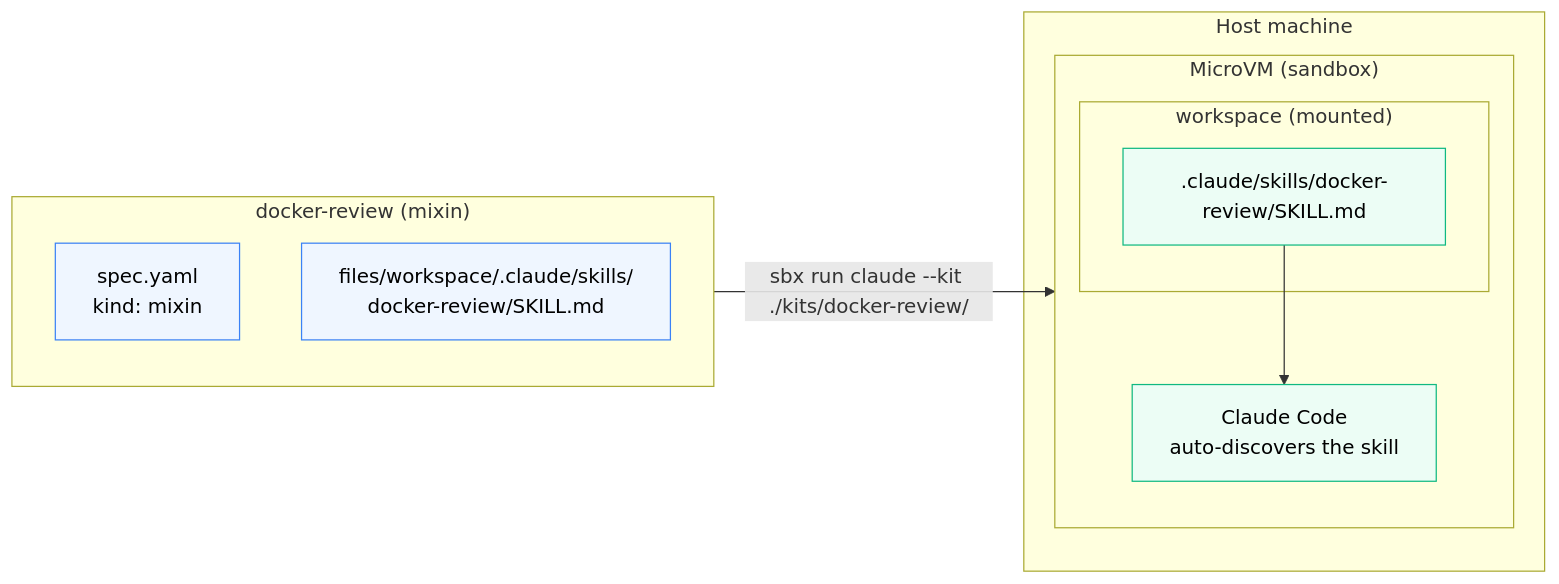
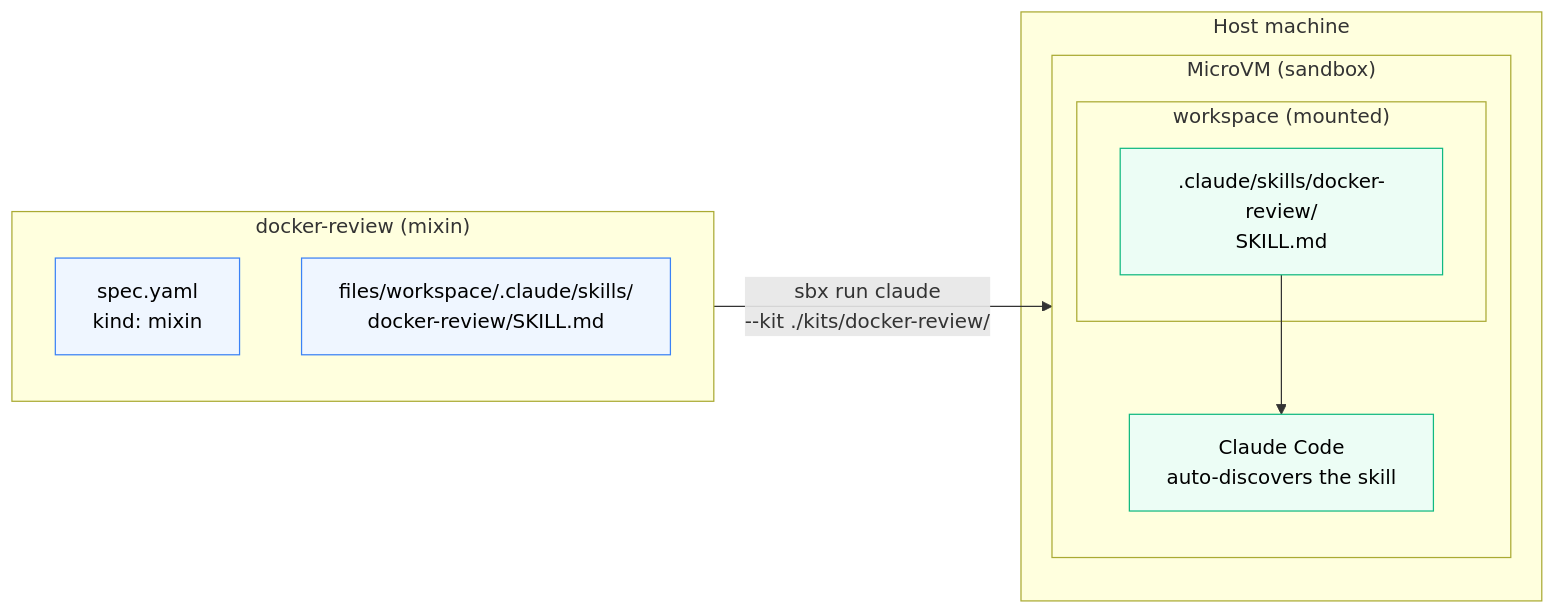
One commit to ajeetraina/labspace-docker-ai-governance changed the diagram in labspace/kits/02-first-mixin.md. Above: the diagram before and after it, drawn with Mermaid. The commit also changed 14 other files, not shown here.

First line of the commit message:
Fix diagram text overflow: wrap long labels, shorten wide subgraph titles

````diff
--- a/labspace/kits/02-first-mixin.md
+++ b/labspace/kits/02-first-mixin.md
@@ -3,22 +3,22 @@
 ```mermaid
 flowchart LR
     subgraph KIT["docker-review (mixin)"]
         SPEC["spec.yaml<br/>kind: mixin"]
         SKILL["files/workspace/.claude/skills/<br/>docker-review/SKILL.md"]
     end
-    KIT -- "sbx run claude --kit ./kits/docker-review/" --> VM
+    KIT -- "sbx run claude<br/>--kit ./kits/docker-review/" --> VM
     subgraph HOST["Host machine"]
         subgraph VM["MicroVM (sandbox)"]
             subgraph WS["workspace (mounted)"]
-                INJECTED[".claude/skills/docker-review/SKILL.md"]
+                INJECTED[".claude/skills/docker-review/<br/>SKILL.md"]
             end
             CLAUDE["Claude Code<br/>auto-discovers the skill"]
             INJECTED --> CLAUDE
         end
     end
 
     classDef kit fill:#eff6ff,stroke:#3b82f6,color:#000
     classDef vm fill:#ecfdf5,stroke:#10b981,color:#000
     class SPEC,SKILL kit
     class INJECTED,CLAUDE vm
 ```
````
